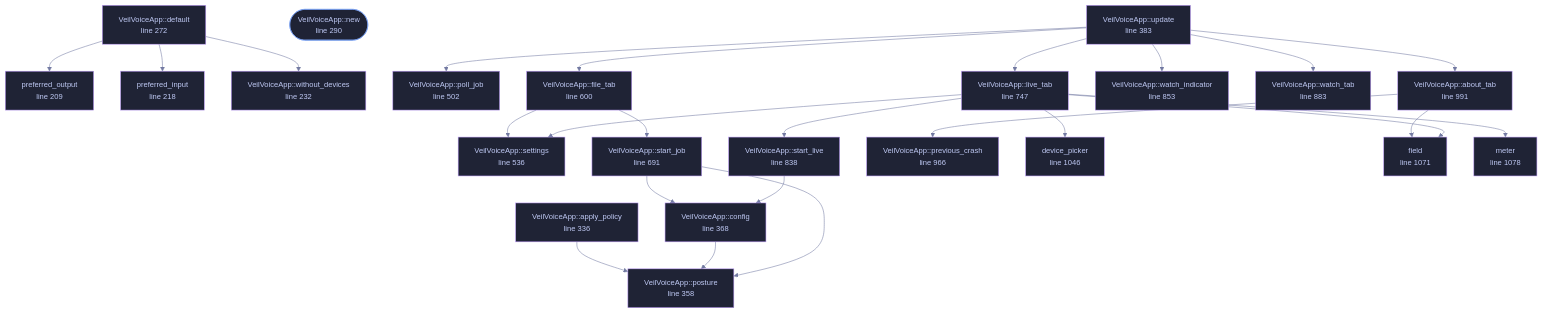
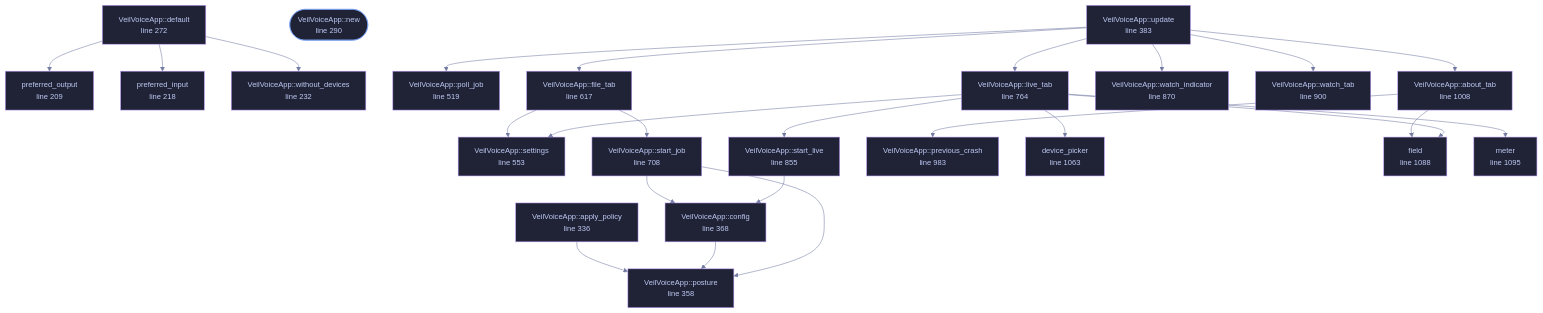
One commit to tilas01/veilvoice changed the diagram in docs/files/veilvoice-gui/app.md. Above: the diagram before and after it, drawn with Mermaid. The commit also changed other lines of this file and 26 other files, not shown here.

````diff
--- a/docs/files/veilvoice-gui/app.md
+++ b/docs/files/veilvoice-gui/app.md
@@ -162,75 +162,75 @@
 ```mermaid
 %%{init: {"theme":"base","themeVariables":{"background":"#1a1b26","primaryColor":"#1f2335","primaryTextColor":"#c0caf5","primaryBorderColor":"#7aa2f7","secondaryColor":"#16161e","tertiaryColor":"#16161e","lineColor":"#737aa2","textColor":"#c0caf5","mainBkg":"#1f2335","nodeBorder":"#7aa2f7","clusterBkg":"#16161e","clusterBorder":"#2f3549","fontFamily":"ui-monospace, SFMono-Regular, Consolas, monospace","fontSize":"14px"}}}%%
 flowchart TD
     n_preferred_output["preferred_output<br/>line 209"]
     n_preferred_input["preferred_input<br/>line 218"]
     n_without_devices["VeilVoiceApp::without_devices<br/>line 232"]
     n_default["VeilVoiceApp::default<br/>line 272"]
     n_new(["VeilVoiceApp::new<br/>line 290"])
     n_apply_policy["VeilVoiceApp::apply_policy<br/>line 336"]
     n_posture["VeilVoiceApp::posture<br/>line 358"]
     n_config["VeilVoiceApp::config<br/>line 368"]
     n_update["VeilVoiceApp::update<br/>line 383"]
-    n_poll_job["VeilVoiceApp::poll_job<br/>line 502"]
-    n_settings["VeilVoiceApp::settings<br/>line 536"]
-    n_file_tab["VeilVoiceApp::file_tab<br/>line 600"]
-    n_start_job["VeilVoiceApp::start_job<br/>line 691"]
-    n_live_tab["VeilVoiceApp::live_tab<br/>line 747"]
-    n_start_live["VeilVoiceApp::start_live<br/>line 838"]
-    n_watch_indicator["VeilVoiceApp::watch_indicator<br/>line 853"]
-    n_watch_tab["VeilVoiceApp::watch_tab<br/>line 883"]
-    n_previous_crash["VeilVoiceApp::previous_crash<br/>line 966"]
-    n_about_tab["VeilVoiceApp::about_tab<br/>line 991"]
-    n_device_picker["device_picker<br/>line 1046"]
-    n_field["field<br/>line 1071"]
-    n_meter["meter<br/>line 1078"]
+    n_poll_job["VeilVoiceApp::poll_job<br/>line 519"]
+    n_settings["VeilVoiceApp::settings<br/>line 553"]
+    n_file_tab["VeilVoiceApp::file_tab<br/>line 617"]
+    n_start_job["VeilVoiceApp::start_job<br/>line 708"]
+    n_live_tab["VeilVoiceApp::live_tab<br/>line 764"]
+    n_start_live["VeilVoiceApp::start_live<br/>line 855"]
+    n_watch_indicator["VeilVoiceApp::watch_indicator<br/>line 870"]
+    n_watch_tab["VeilVoiceApp::watch_tab<br/>line 900"]
+    n_previous_crash["VeilVoiceApp::previous_crash<br/>line 983"]
+    n_about_tab["VeilVoiceApp::about_tab<br/>line 1008"]
+    n_device_picker["device_picker<br/>line 1063"]
+    n_field["field<br/>line 1088"]
+    n_meter["meter<br/>line 1095"]
     n_about_tab --> n_field
     n_about_tab --> n_previous_crash
     n_apply_policy --> n_posture
     n_config --> n_posture
     n_default --> n_preferred_input
     n_default --> n_preferred_output
     n_default --> n_without_devices
     n_file_tab --> n_settings
     n_file_tab --> n_start_job
     n_live_tab --> n_device_picker
     n_live_tab --> n_field
     n_live_tab --> n_meter
     n_live_tab --> n_settings
     n_live_tab --> n_start_live
     n_start_job --> n_config
     n_start_job --> n_posture
     n_start_live --> n_config
     n_update --> n_about_tab
     n_update --> n_file_tab
     n_update --> n_live_tab
     n_update --> n_poll_job
     n_update --> n_watch_indicator
     n_update --> n_watch_tab
     click n_preferred_output href "https://github.com/tilas01/veilvoice/blob/main/crates/veilvoice-gui/src/app.rs#L209" "open the source"
     click n_preferred_input href "https://github.com/tilas01/veilvoice/blob/main/crates/veilvoice-gui/src/app.rs#L218" "open the source"
     click n_without_devices href "https://github.com/tilas01/veilvoice/blob/main/crates/veilvoice-gui/src/app.rs#L232" "open the source"
     click n_default href "https://github.com/tilas01/veilvoice/blob/main/crates/veilvoice-gui/src/app.rs#L272" "open the source"
     click n_new href "https://github.com/tilas01/veilvoice/blob/main/crates/veilvoice-gui/src/app.rs#L290" "open the source"
     click n_apply_policy href "https://github.com/tilas01/veilvoice/blob/main/crates/veilvoice-gui/src/app.rs#L336" "open the source"
     click n_posture href "https://github.com/tilas01/veilvoice/blob/main/crates/veilvoice-gui/src/app.rs#L358" "open the source"
     click n_config href "https://github.com/tilas01/veilvoice/blob/main/crates/veilvoice-gui/src/app.rs#L368" "open the source"
     click n_update href "https://github.com/tilas01/veilvoice/blob/main/crates/veilvoice-gui/src/app.rs#L383" "open the source"
-    click n_poll_job href "https://github.com/tilas01/veilvoice/blob/main/crates/veilvoice-gui/src/app.rs#L502" "open the source"
-    click n_settings href "https://github.com/tilas01/veilvoice/blob/main/crates/veilvoice-gui/src/app.rs#L536" "open the source"
-    click n_file_tab href "https://github.com/tilas01/veilvoice/blob/main/crates/veilvoice-gui/src/app.rs#L600" "open the source"
-    click n_start_job href "https://github.com/tilas01/veilvoice/blob/main/crates/veilvoice-gui/src/app.rs#L691" "open the source"
-    click n_live_tab href "https://github.com/tilas01/veilvoice/blob/main/crates/veilvoice-gui/src/app.rs#L747" "open the source"
-    click n_start_live href "https://github.com/tilas01/veilvoice/blob/main/crates/veilvoice-gui/src/app.rs#L838" "open the source"
-    click n_watch_indicator href "https://github.com/tilas01/veilvoice/blob/main/crates/veilvoice-gui/src/app.rs#L853" "open the source"
-    click n_watch_tab href "https://github.com/tilas01/veilvoice/blob/main/crates/veilvoice-gui/src/app.rs#L883" "open the source"
-    click n_previous_crash href "https://github.com/tilas01/veilvoice/blob/main/crates/veilvoice-gui/src/app.rs#L966" "open the source"
-    click n_about_tab href "https://github.com/tilas01/veilvoice/blob/main/crates/veilvoice-gui/src/app.rs#L991" "open the source"
-    click n_device_picker href "https://github.com/tilas01/veilvoice/blob/main/crates/veilvoice-gui/src/app.rs#L1046" "open the source"
-    click n_field href "https://github.com/tilas01/veilvoice/blob/main/crates/veilvoice-gui/src/app.rs#L1071" "open the source"
-    click n_meter href "https://github.com/tilas01/veilvoice/blob/main/crates/veilvoice-gui/src/app.rs#L1078" "open the source"
+    click n_poll_job href "https://github.com/tilas01/veilvoice/blob/main/crates/veilvoice-gui/src/app.rs#L519" "open the source"
+    click n_settings href "https://github.com/tilas01/veilvoice/blob/main/crates/veilvoice-gui/src/app.rs#L553" "open the source"
+    click n_file_tab href "https://github.com/tilas01/veilvoice/blob/main/crates/veilvoice-gui/src/app.rs#L617" "open the source"
+    click n_start_job href "https://github.com/tilas01/veilvoice/blob/main/crates/veilvoice-gui/src/app.rs#L708" "open the source"
+    click n_live_tab href "https://github.com/tilas01/veilvoice/blob/main/crates/veilvoice-gui/src/app.rs#L764" "open the source"
+    click n_start_live href "https://github.com/tilas01/veilvoice/blob/main/crates/veilvoice-gui/src/app.rs#L855" "open the source"
+    click n_watch_indicator href "https://github.com/tilas01/veilvoice/blob/main/crates/veilvoice-gui/src/app.rs#L870" "open the source"
+    click n_watch_tab href "https://github.com/tilas01/veilvoice/blob/main/crates/veilvoice-gui/src/app.rs#L900" "open the source"
+    click n_previous_crash href "https://github.com/tilas01/veilvoice/blob/main/crates/veilvoice-gui/src/app.rs#L983" "open the source"
+    click n_about_tab href "https://github.com/tilas01/veilvoice/blob/main/crates/veilvoice-gui/src/app.rs#L1008" "open the source"
+    click n_device_picker href "https://github.com/tilas01/veilvoice/blob/main/crates/veilvoice-gui/src/app.rs#L1063" "open the source"
+    click n_field href "https://github.com/tilas01/veilvoice/blob/main/crates/veilvoice-gui/src/app.rs#L1088" "open the source"
+    click n_meter href "https://github.com/tilas01/veilvoice/blob/main/crates/veilvoice-gui/src/app.rs#L1095" "open the source"
     classDef entry fill:#1f2335,stroke:#7aa2f7,color:#c0caf5
     class n_new entry
     classDef helper fill:#1f2335,stroke:#bb9af7,color:#c0caf5
     class n_preferred_output,n_preferred_input,n_without_devices,n_default,n_apply_policy,n_posture,n_config,n_update,n_poll_job,n_settings,n_file_tab,n_start_job,n_live_tab,n_start_live,n_watch_indicator,n_watch_tab,n_previous_crash,n_about_tab,n_device_picker,n_field,n_meter helper
 ```
````
